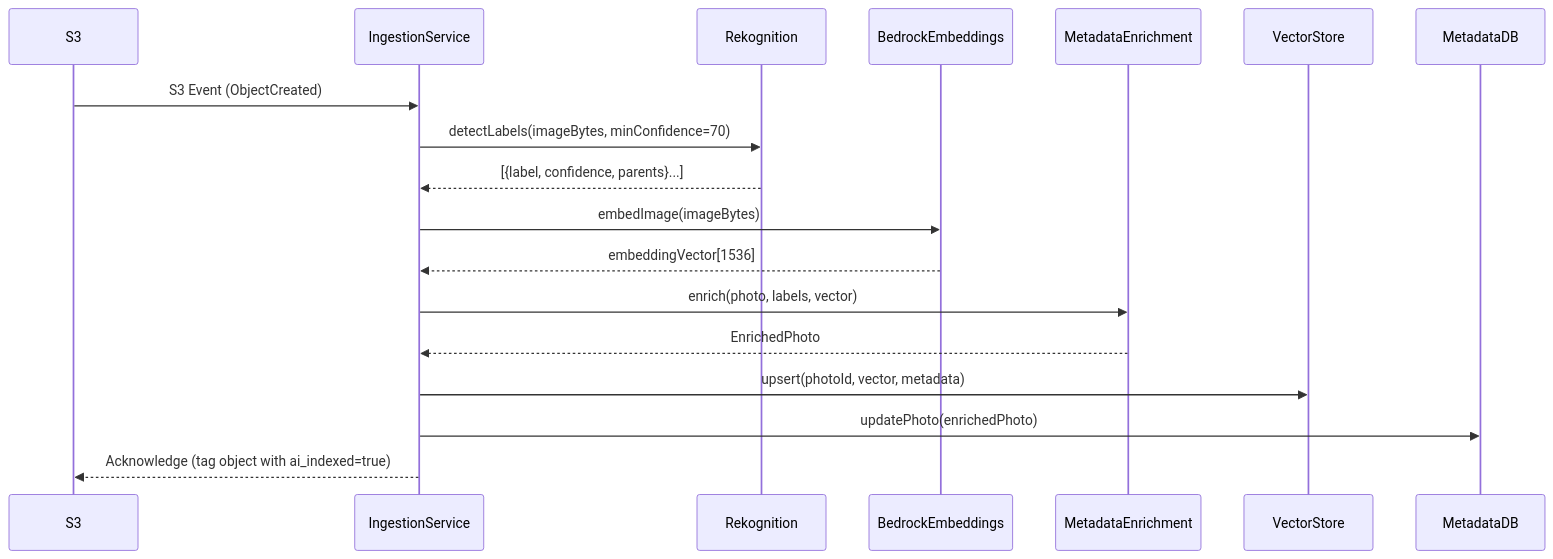
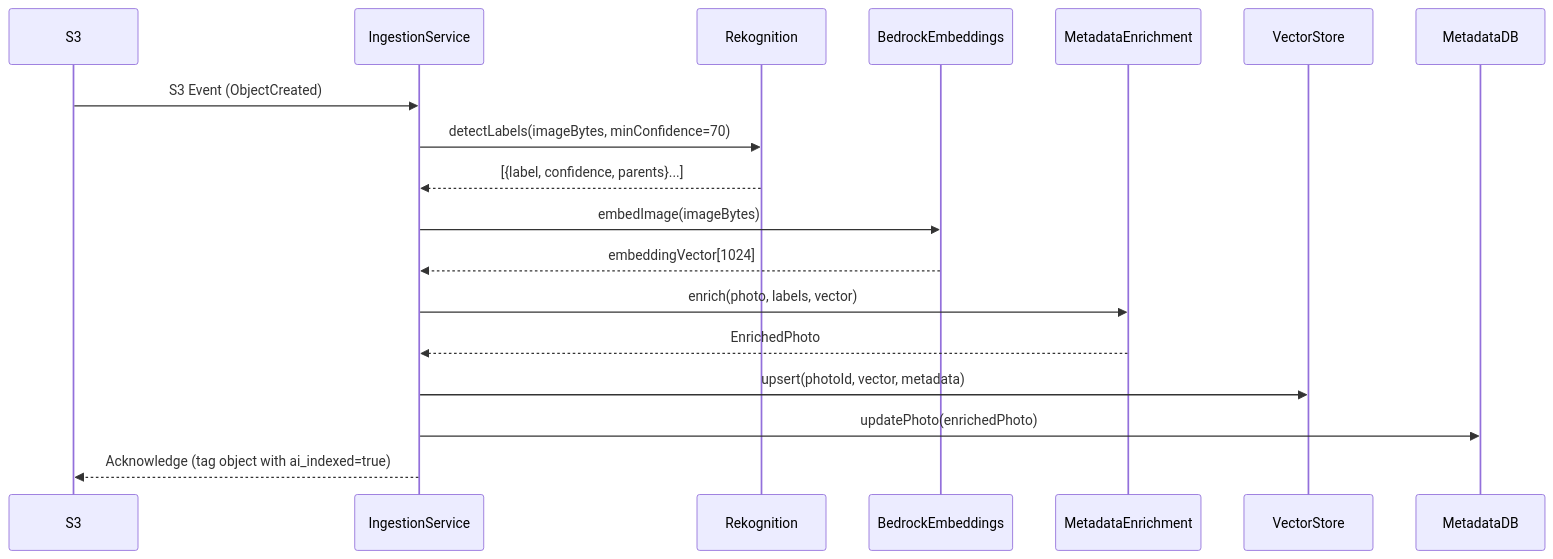
One commit to newforma-npage/hackathon-2026 changed the third of 4 diagrams in .kiro/specs/visual-project-intelligence-search/design.md. Above: the diagram before and after it, drawn with Mermaid. The commit also changed other lines of this file, not shown here.

Commit message:
docs: fix embedding dimension errors in design doc (1536 -> 1024 for image vectors)

````diff
--- a/.kiro/specs/visual-project-intelligence-search/design.md
+++ b/.kiro/specs/visual-project-intelligence-search/design.md
@@ -100,21 +100,21 @@
 ```mermaid
 sequenceDiagram
     participant S3
     participant IngestionService
     participant Rekognition
     participant BedrockEmbeddings
     participant MetadataEnrichment
     participant VectorStore
     participant MetadataDB
 
     S3->>IngestionService: S3 Event (ObjectCreated)
     IngestionService->>Rekognition: detectLabels(imageBytes, minConfidence=70)
     Rekognition-->>IngestionService: [{label, confidence, parents}...]
     IngestionService->>BedrockEmbeddings: embedImage(imageBytes)
-    BedrockEmbeddings-->>IngestionService: embeddingVector[1536]
+    BedrockEmbeddings-->>IngestionService: embeddingVector[1024]
     IngestionService->>MetadataEnrichment: enrich(photo, labels, vector)
     MetadataEnrichment-->>IngestionService: EnrichedPhoto
     IngestionService->>VectorStore: upsert(photoId, vector, metadata)
     IngestionService->>MetadataDB: updatePhoto(enrichedPhoto)
     IngestionService-->>S3: Acknowledge (tag object with ai_indexed=true)
 ```
````
